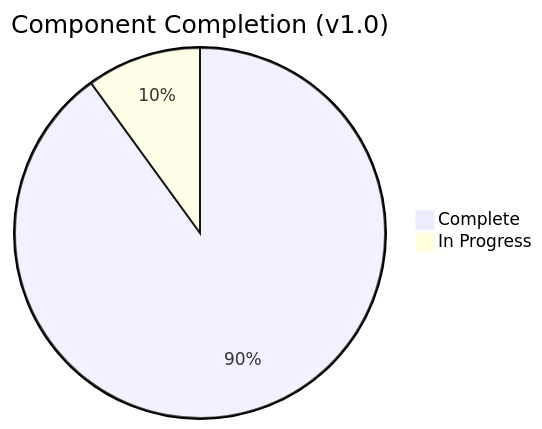
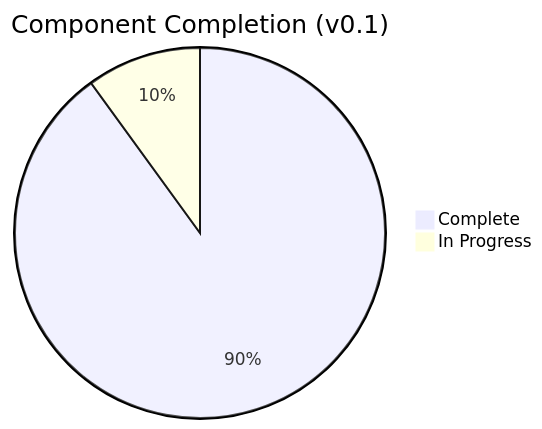
The second of 9 diagrams in docs/architecture.md (grethel-labs/kubelink-usb), drawn with Mermaid before and after one commit. The commit also changed other lines of this file and 70 other files, not shown here.

First line of the commit message:
docs: add rich doc comments with diagram annotations and tooling

````diff
--- a/docs/architecture.md
+++ b/docs/architecture.md
@@ -27,5 +27,5 @@
 ```mermaid
-pie title Component Completion (v1.0)
+pie title Component Completion (v0.1)
     "Complete" : 90
     "In Progress" : 10
 ```
````
